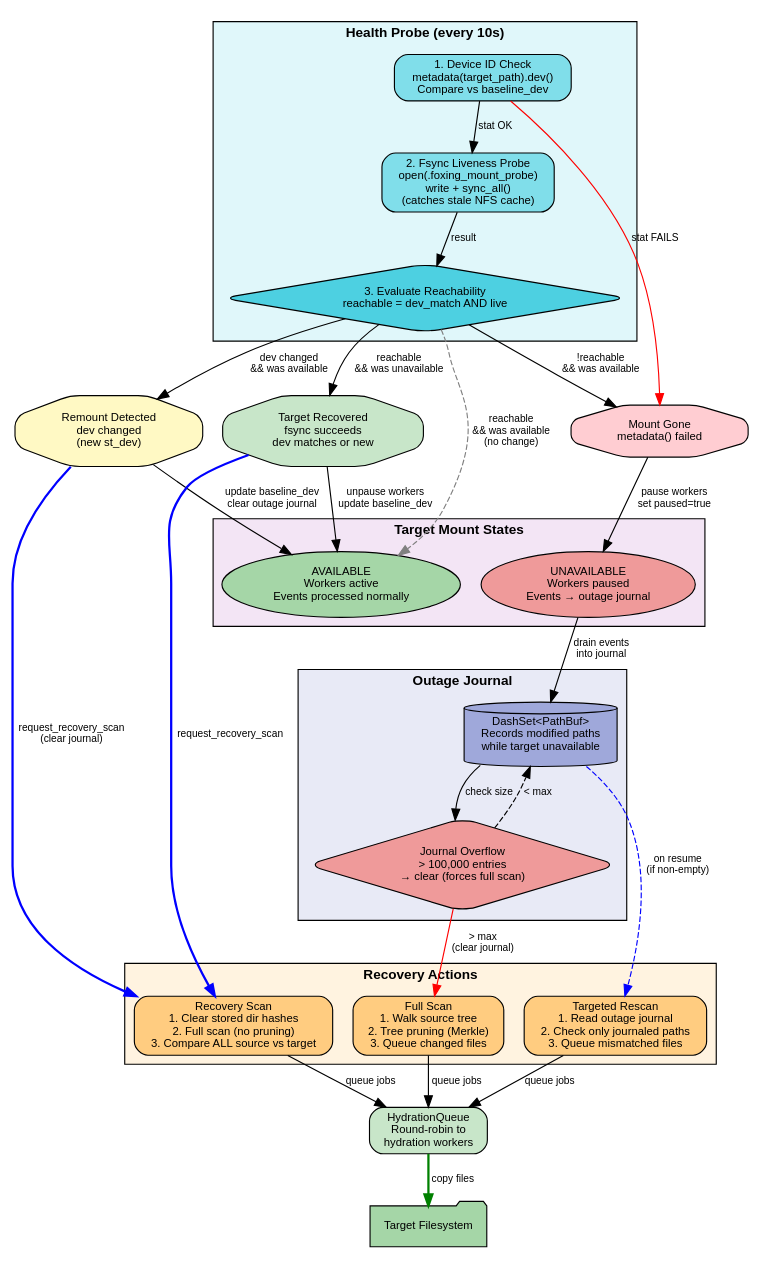
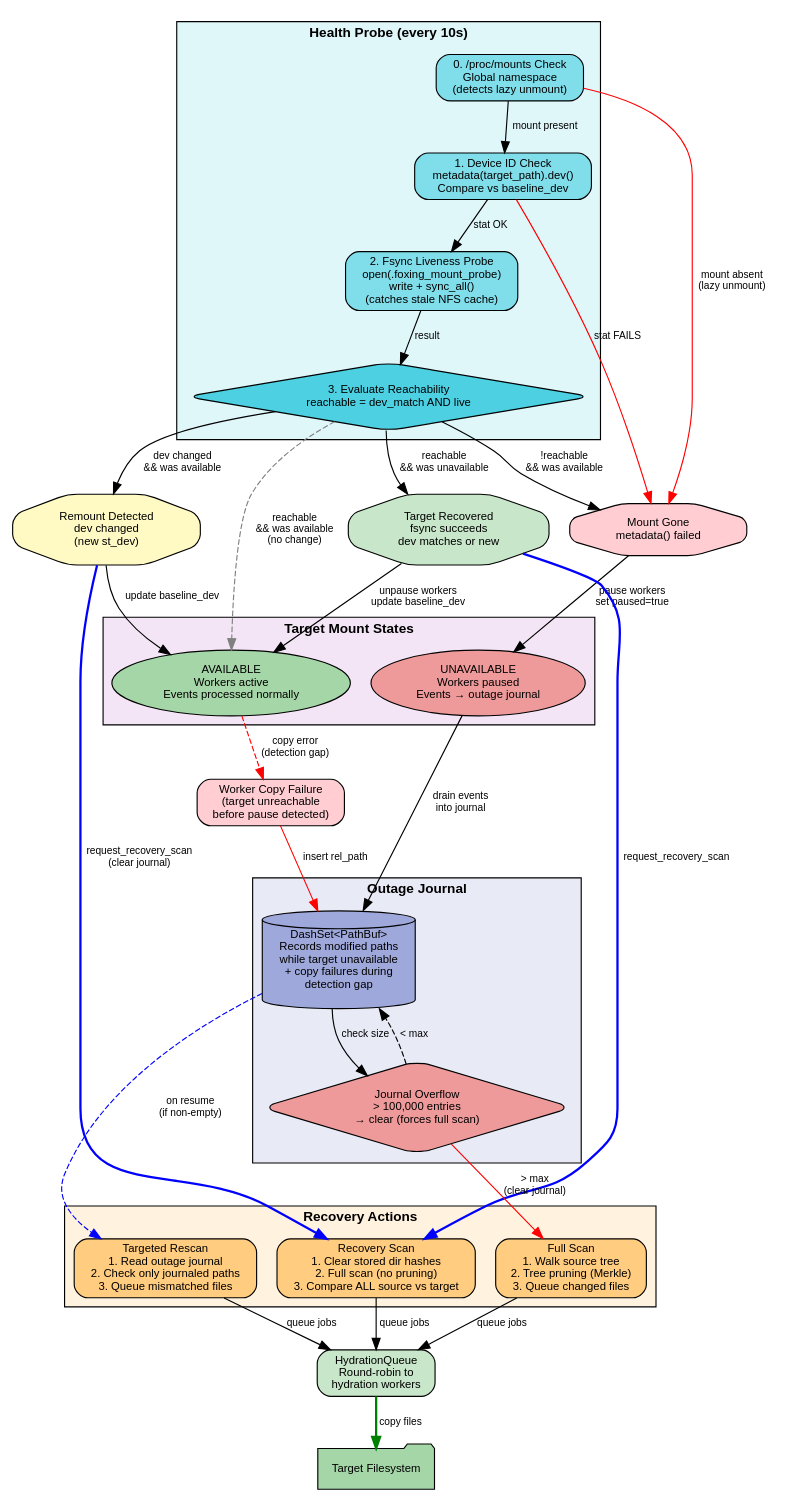
One commit to fluid-notion-labs/foxing changed the diagram in docs/diagrams/mount-monitoring.dot. Above: the diagram before and after it, drawn with Graphviz. The commit also changed 14 other files, not shown here.

First line of the commit message:
v0.6.0 docs: benchmarks comparison, diagram updates, remove ADRs

```diff
--- a/docs/diagrams/mount-monitoring.dot
+++ b/docs/diagrams/mount-monitoring.dot
@@ -1,88 +1,96 @@
 // foxingd Mount Monitoring & Target Recovery
 // Generate: dot -Tsvg mount-monitoring.dot -o mount-monitoring.svg
 digraph mount_monitoring {
     rankdir=TB;
     compound=true;
     fontname="Helvetica";
     node [fontname="Helvetica", fontsize=10, shape=box, style="rounded,filled", fillcolor="#e8f4fd"];
     edge [fontname="Helvetica", fontsize=9];
 
     // Health probe
     subgraph cluster_probe {
         label="Health Probe (every 10s)";
         style="filled"; fillcolor="#e0f7fa";
         fontsize=12; fontname="Helvetica-Bold";
 
+        proc_mounts [label="0. /proc/mounts Check\nGlobal namespace\n(detects lazy unmount)", fillcolor="#80deea"];
         stat_check [label="1. Device ID Check\nmetadata(target_path).dev()\nCompare vs baseline_dev", fillcolor="#80deea"];
         fsync_probe [label="2. Fsync Liveness Probe\nopen(.foxing_mount_probe)\nwrite + sync_all()\n(catches stale NFS cache)", fillcolor="#80deea"];
         eval [label="3. Evaluate Reachability\nreachable = dev_match AND live", shape=diamond, fillcolor="#4dd0e1"];
     }
 
+    proc_mounts -> gone [label="mount absent\n(lazy unmount)", color=red];
+    proc_mounts -> stat_check [label="mount present"];
     stat_check -> fsync_probe [label="stat OK"];
     stat_check -> gone [label="stat FAILS", color=red];
     fsync_probe -> eval [label="result"];
 
     // State transitions
     subgraph cluster_states {
         label="Target Mount States";
         style="filled"; fillcolor="#f3e5f5";
         fontsize=12; fontname="Helvetica-Bold";
 
         available [label="AVAILABLE\nWorkers active\nEvents processed normally", shape=ellipse, fillcolor="#a5d6a7"];
         unavailable [label="UNAVAILABLE\nWorkers paused\nEvents → outage journal", shape=ellipse, fillcolor="#ef9a9a"];
     }
 
     gone [label="Mount Gone\nmetadata() failed", shape=octagon, fillcolor="#ffcdd2"];
     remounted [label="Remount Detected\ndev changed\n(new st_dev)", shape=octagon, fillcolor="#fff9c4"];
     recovered [label="Target Recovered\nfsync succeeds\ndev matches or new", shape=octagon, fillcolor="#c8e6c9"];
 
     eval -> available [label="reachable\n&& was available\n(no change)", style=dashed, color=gray];
     eval -> gone [label="!reachable\n&& was available"];
     eval -> recovered [label="reachable\n&& was unavailable"];
     eval -> remounted [label="dev changed\n&& was available"];
 
     gone -> unavailable [label="pause workers\nset paused=true"];
     recovered -> available [label="unpause workers\nupdate baseline_dev"];
-    remounted -> available [label="update baseline_dev\nclear outage journal"];
+    remounted -> available [label="update baseline_dev"];
 
     // Recovery actions
     subgraph cluster_recovery {
         label="Recovery Actions";
         style="filled"; fillcolor="#fff3e0";
         fontsize=12; fontname="Helvetica-Bold";
 
         recovery_scan [label="Recovery Scan\n1. Clear stored dir hashes\n2. Full scan (no pruning)\n3. Compare ALL source vs target", fillcolor="#ffcc80"];
         targeted_rescan [label="Targeted Rescan\n1. Read outage journal\n2. Check only journaled paths\n3. Queue mismatched files", fillcolor="#ffcc80"];
         full_scan [label="Full Scan\n1. Walk source tree\n2. Tree pruning (Merkle)\n3. Queue changed files", fillcolor="#ffcc80"];
     }
 
     recovered -> recovery_scan [label="request_recovery_scan", color=blue, penwidth=2];
     remounted -> recovery_scan [label="request_recovery_scan\n(clear journal)", color=blue, penwidth=2];
 
     // Outage journal
     subgraph cluster_journal {
         label="Outage Journal";
         style="filled"; fillcolor="#e8eaf6";
         fontsize=12; fontname="Helvetica-Bold";
 
-        journal [label="DashSet<PathBuf>\nRecords modified paths\nwhile target unavailable", shape=cylinder, fillcolor="#9fa8da"];
+        journal [label="DashSet<PathBuf>\nRecords modified paths\nwhile target unavailable\n+ copy failures during\ndetection gap", shape=cylinder, fillcolor="#9fa8da"];
         overflow [label="Journal Overflow\n> 100,000 entries\n→ clear (forces full scan)", shape=diamond, fillcolor="#ef9a9a"];
     }
 
     unavailable -> journal [label="drain events\ninto journal"];
+
+    // Copy failures during detection gap also feed journal
+    copy_fail [label="Worker Copy Failure\n(target unreachable\nbefore pause detected)", fillcolor="#ffcdd2"];
+    available -> copy_fail [label="copy error\n(detection gap)", style=dashed, color=red];
+    copy_fail -> journal [label="insert rel_path", color=red];
     journal -> overflow [label="check size"];
     overflow -> journal [label="< max", style=dashed];
     overflow -> full_scan [label="> max\n(clear journal)", color=red];
 
     // Journal to rescan
     journal -> targeted_rescan [label="on resume\n(if non-empty)", style=dashed, color=blue];
 
     // Hydration queue
     hydration_q [label="HydrationQueue\nRound-robin to\nhydration workers", fillcolor="#c8e6c9"];
     target [label="Target Filesystem", shape=folder, fillcolor="#a5d6a7"];
 
     recovery_scan -> hydration_q [label="queue jobs"];
     targeted_rescan -> hydration_q [label="queue jobs"];
     full_scan -> hydration_q [label="queue jobs"];
     hydration_q -> target [label="copy files", color=green, penwidth=2];
 }
```
